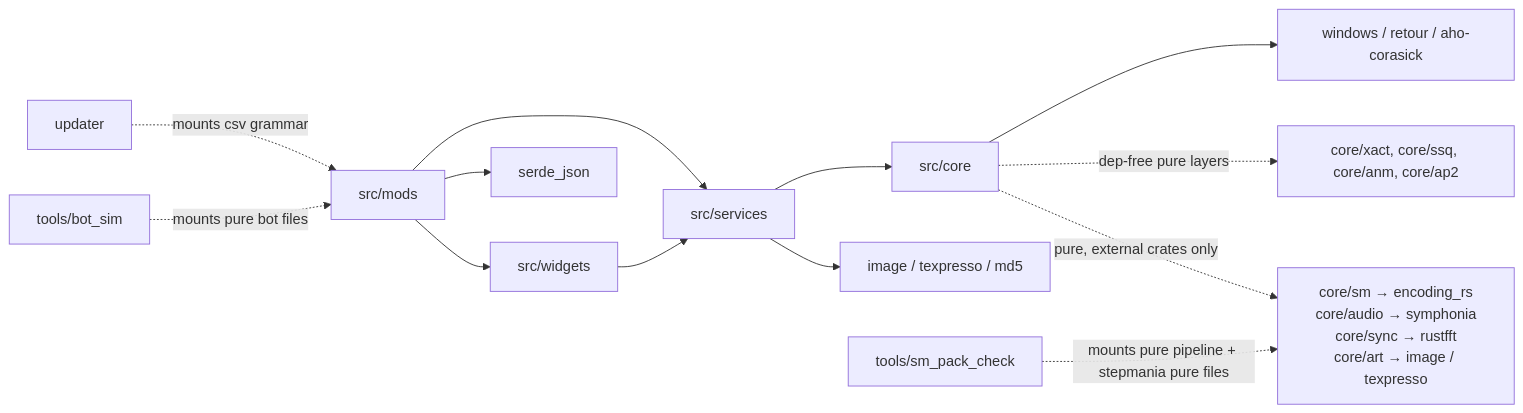
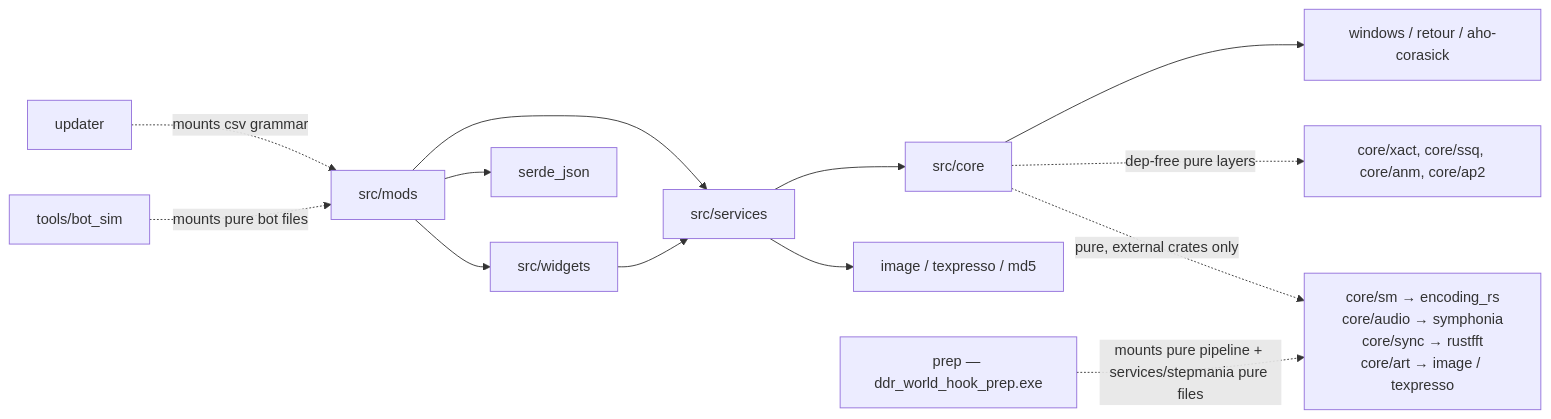
The diagram in .agents/summary/dependencies.md (skogaby/ddr-world-universal-modpack), drawn with Mermaid before and after one commit. The commit also changed other lines of this file and 94 other files, not shown here.

````diff
--- a/.agents/summary/dependencies.md
+++ b/.agents/summary/dependencies.md
@@ -69,13 +69,13 @@
 ```mermaid
 graph LR
     MODS[src/mods] --> SVC[src/services] --> CORE[src/core]
     MODS --> WID[src/widgets] --> SVC
     CORE --> W[windows / retour / aho-corasick]
     SVC --> IMG[image / texpresso / md5]
     MODS --> SERDE[serde_json]
     CORE -.dep-free pure layers.-> PURE[core/xact, core/ssq, core/anm, core/ap2]
     CORE -.pure, external crates only.-> SMP[core/sm → encoding_rs<br/>core/audio → symphonia<br/>core/sync → rustfft<br/>core/art → image / texpresso]
     UPD[updater] -.mounts csv grammar.-> MODS
     SIM[tools/bot_sim] -.mounts pure bot files.-> MODS
-    SMC[tools/sm_pack_check] -.mounts pure pipeline + stepmania pure files.-> SMP
+    PREP[prep — ddr_world_hook_prep.exe] -.mounts pure pipeline + services/stepmania pure files.-> SMP
 ```
````
